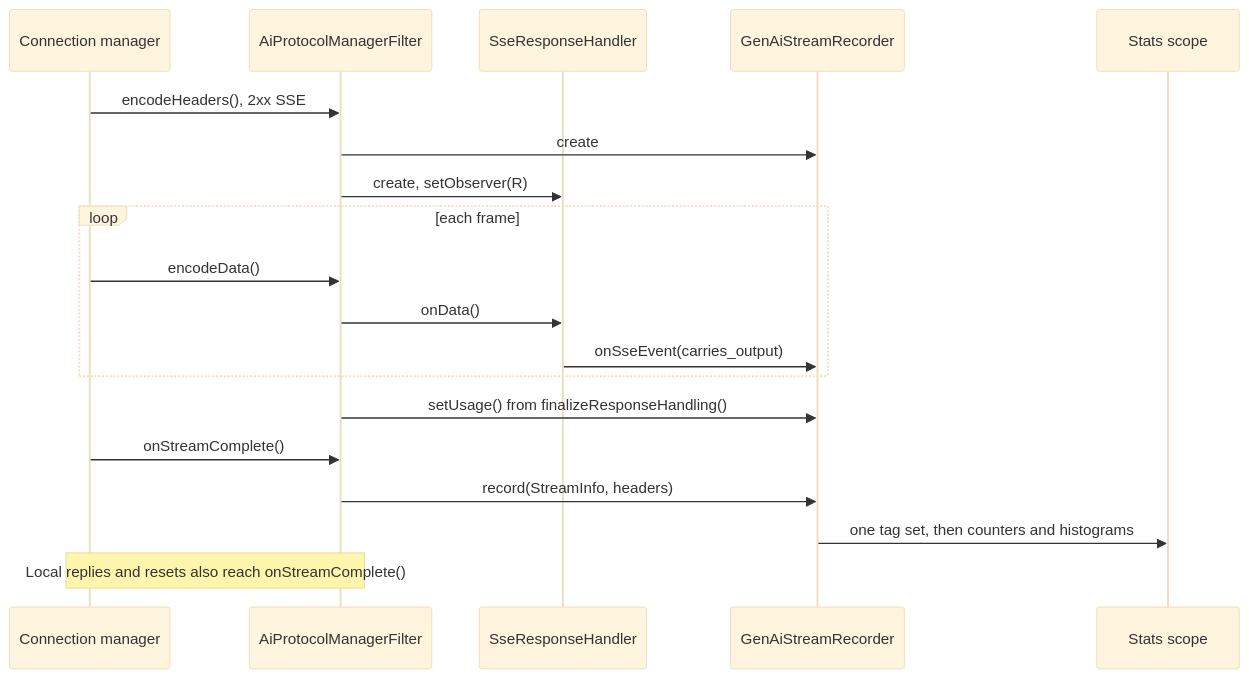
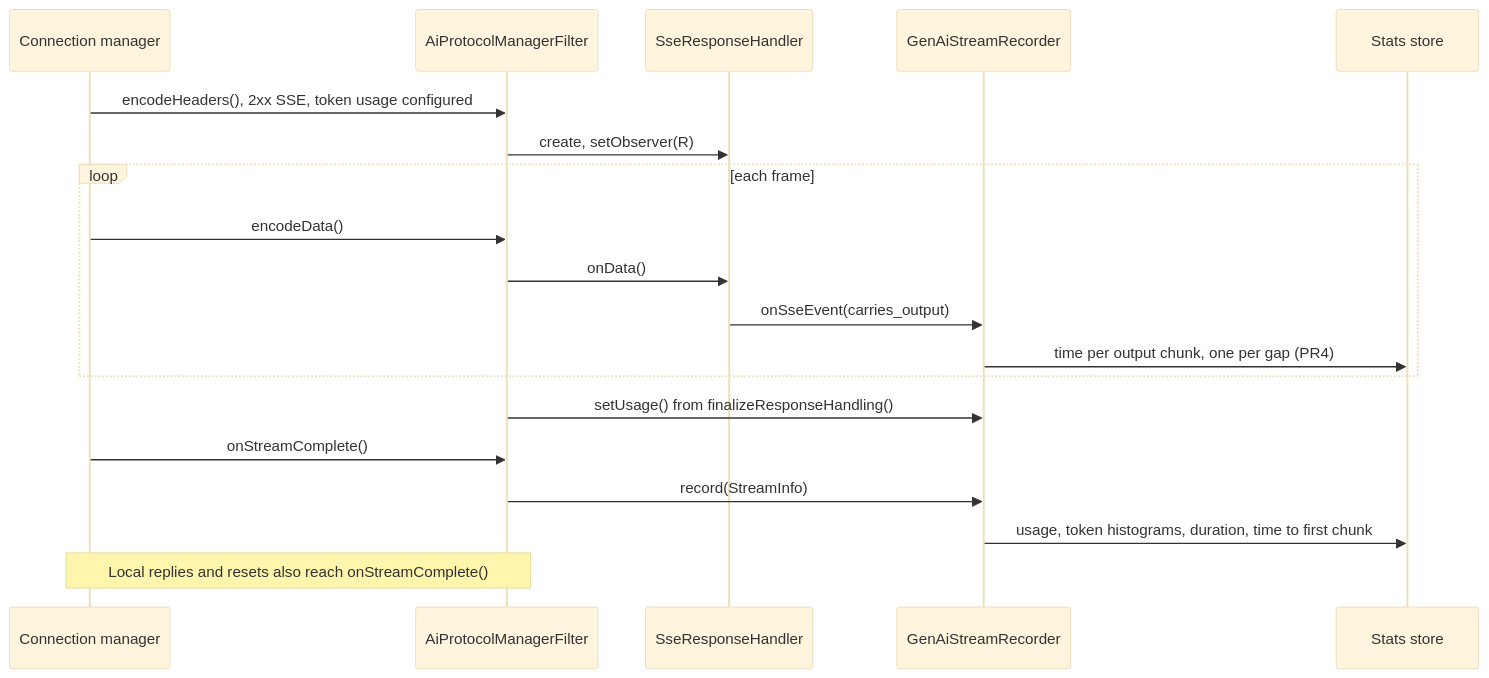
The fourth of 5 diagrams in source/docs/ai_gen_ai_semconv.md (botengyao/envoy), drawn with Mermaid (base theme) before and after one commit. The commit also changed other lines of this file, not shown here.

````diff
--- a/source/docs/ai_gen_ai_semconv.md
+++ b/source/docs/ai_gen_ai_semconv.md
@@ -202,21 +239,21 @@
 ```mermaid
 sequenceDiagram
   participant HCM as Connection manager
   participant F as AiProtocolManagerFilter
   participant H as SseResponseHandler
   participant R as GenAiStreamRecorder
-  participant S as Stats scope
-  HCM->>F: encodeHeaders(), 2xx SSE
-  F->>R: create
+  participant S as Stats store
+  HCM->>F: encodeHeaders(), 2xx SSE, token usage configured
   F->>H: create, setObserver(R)
   loop each frame
     HCM->>F: encodeData()
     F->>H: onData()
     H->>R: onSseEvent(carries_output)
+    R->>S: time per output chunk, one per gap (PR4)
   end
   F->>R: setUsage() from finalizeResponseHandling()
   HCM->>F: onStreamComplete()
-  F->>R: record(StreamInfo, headers)
-  R->>S: one tag set, then counters and histograms
+  F->>R: record(StreamInfo)
+  R->>S: usage, token histograms, duration, time to first chunk
   Note over HCM,F: Local replies and resets also reach onStreamComplete()
 ```
````
